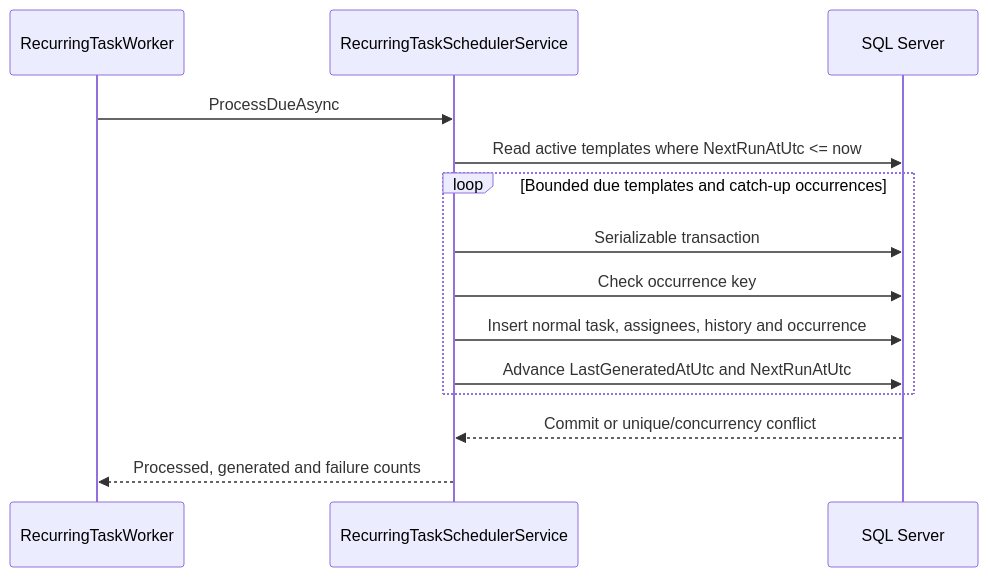
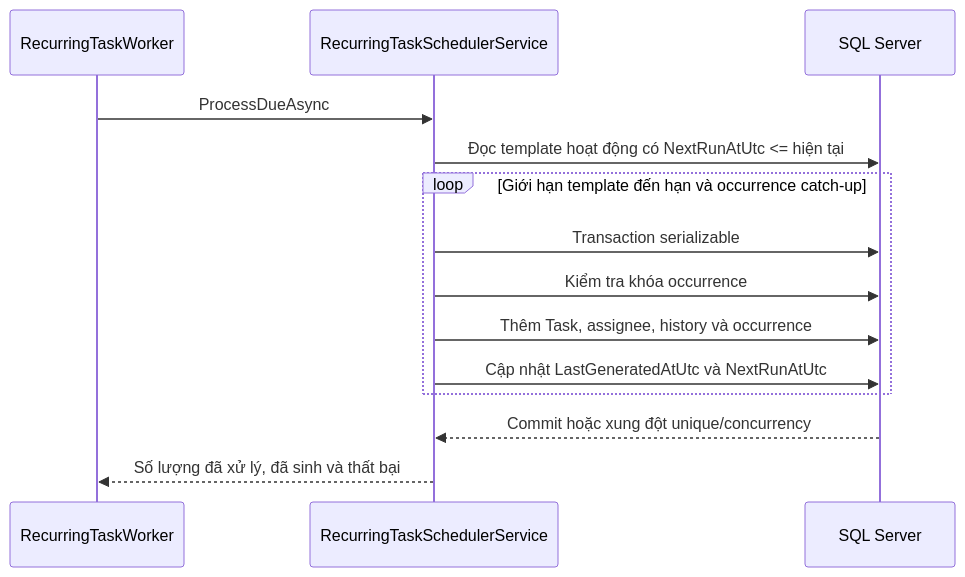
The fourth of 6 diagrams in docs/domain-workflows.md (Giapnocap/work-management-system-backend), drawn with Mermaid before and after one commit. The commit also changed other lines of this file and 7 other files, not shown here.

````diff
--- a/docs/domain-workflows.md
+++ b/docs/domain-workflows.md
@@ -63,17 +63,17 @@
 ```mermaid
 sequenceDiagram
     participant Worker as RecurringTaskWorker
     participant Service as RecurringTaskSchedulerService
     participant DB as SQL Server
 
     Worker->>Service: ProcessDueAsync
-    Service->>DB: Read active templates where NextRunAtUtc <= now
-    loop Bounded due templates and catch-up occurrences
-        Service->>DB: Serializable transaction
-        Service->>DB: Check occurrence key
-        Service->>DB: Insert normal task, assignees, history and occurrence
-        Service->>DB: Advance LastGeneratedAtUtc and NextRunAtUtc
+    Service->>DB: Đọc template hoạt động có NextRunAtUtc <= hiện tại
+    loop Giới hạn template đến hạn và occurrence catch-up
+        Service->>DB: Transaction serializable
+        Service->>DB: Kiểm tra khóa occurrence
+        Service->>DB: Thêm Task, assignee, history và occurrence
+        Service->>DB: Cập nhật LastGeneratedAtUtc và NextRunAtUtc
     end
-    DB-->>Service: Commit or unique/concurrency conflict
-    Service-->>Worker: Processed, generated and failure counts
+    DB-->>Service: Commit hoặc xung đột unique/concurrency
+    Service-->>Worker: Số lượng đã xử lý, đã sinh và thất bại
 ```
````
